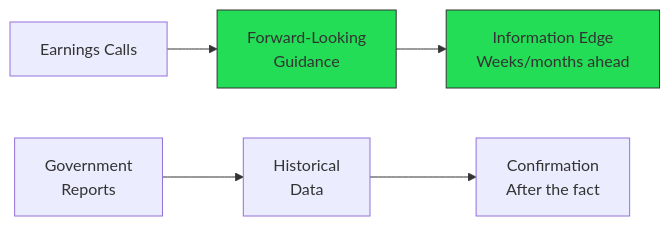
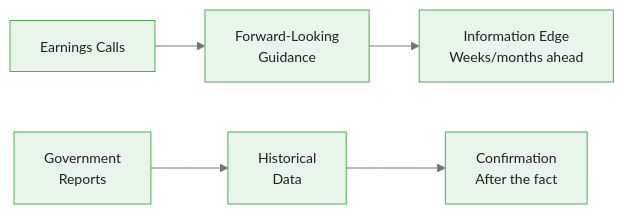
The first of 5 diagrams in courses/genai-commodities/modules/module_01_report_processing/guides/03_earnings_transcripts_slides.md (m-deane/course-creator), drawn with Mermaid before and after one commit. The commit also changed other lines of this file and 84 other files, not shown here.

````diff
--- a/courses/genai-commodities/modules/module_01_report_processing/guides/03_earnings_transcripts_slides.md
+++ b/courses/genai-commodities/modules/module_01_report_processing/guides/03_earnings_transcripts_slides.md
@@ -25,11 +25,9 @@
 ```mermaid
+%%{init: {"theme": "base", "themeVariables": {"primaryColor": "#e8f5e9", "primaryBorderColor": "#4caf50", "primaryTextColor": "#212121", "secondaryColor": "#e3f2fd", "tertiaryColor": "#fff8e1", "lineColor": "#757575", "fontFamily": "Inter, sans-serif", "fontSize": "14px"}}}%%
 flowchart LR
     A[Earnings Calls] --> B[Forward-Looking<br/>Guidance]
     C[Government<br/>Reports] --> D[Historical<br/>Data]
 
     B --> E[Information Edge<br/>Weeks/months ahead]
     D --> F[Confirmation<br/>After the fact]
-
-    style B fill:#2d5,stroke:#333
-    style E fill:#2d5,stroke:#333
 ```
````
